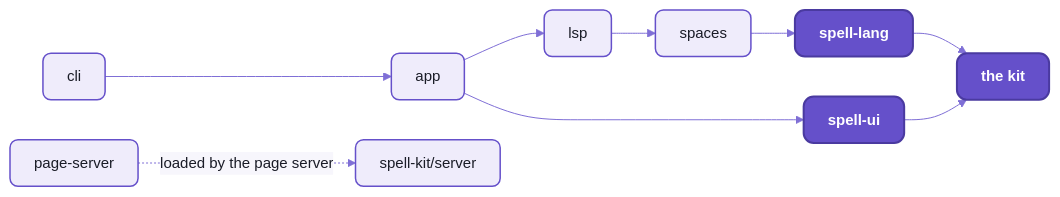
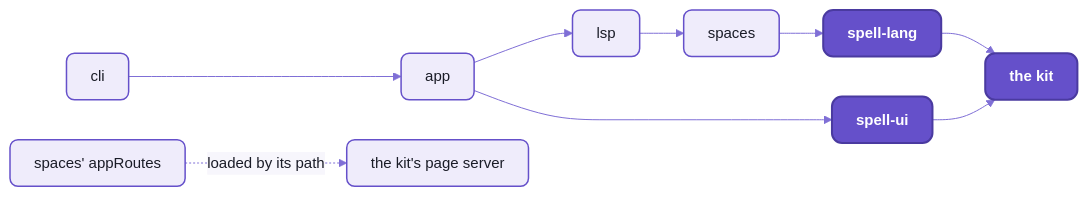
The third of 4 diagrams in app/README.md (spell-app/spell), drawn with Mermaid before and after one commit. The commit also changed other lines of this file and 3 other files, not shown here.

Commit message:
readme T7:  the page server is the kit's (repo-split P16);  README-page-server is a short pointer to spell-app's own part

````diff
--- a/app/README.md
+++ b/app/README.md
@@ -303,11 +303,11 @@
 ```mermaid
 %%{init: {"theme":"base","themeVariables":{"fontFamily":"-apple-system, BlinkMacSystemFont, Segoe UI, Helvetica, Arial, sans-serif","fontSize":"15px","primaryColor":"#EFECFB","primaryBorderColor":"#6550CA","primaryTextColor":"#1A1C27","secondaryColor":"#F4F1E9","tertiaryColor":"#F7F6FC","lineColor":"#7F6FD6","textColor":"#7F6FD6","clusterBkg":"#F7F6FC","clusterBorder":"#B9B0E8","titleColor":"#1A1C27","edgeLabelBackground":"#F7F6FC","actorBkg":"#EFECFB","actorBorder":"#6550CA","actorTextColor":"#1A1C27","actorLineColor":"#9C90DE","signalColor":"#7F6FD6","signalTextColor":"#7F6FD6","labelBoxBkgColor":"#EFECFB","labelBoxBorderColor":"#6550CA","labelTextColor":"#1A1C27","loopTextColor":"#7F6FD6","noteBkgColor":"#F1E7D4","noteBorderColor":"#C9B48A","noteTextColor":"#1A1C27","activationBkgColor":"#DCD6F7","activationBorderColor":"#6550CA","sequenceNumberColor":"#FFFFFF"},"flowchart":{"curve":"basis","padding":12,"nodeSpacing":40,"rankSpacing":44}}}%%
 flowchart LR
   cli --> app --> lsp --> spaces --> lang["spell-lang"] --> kit["the kit"]
   app --> ui["spell-ui"] --> kit
-  pageServer["page-server"] -. "loaded by the page server" .-> kitServer["spell-kit/server"]
+  routes["spaces' appRoutes"] -. "loaded by its path" .-> kitServer["the kit's page server"]
   %% the Spell look:  yarn mermaid:pretty
   classDef default fill:#EFECFB,stroke:#6550CA,stroke-width:1.5px,color:#1A1C27,rx:8px,ry:8px
   classDef repo fill:#6550CA,stroke:#4A3AA0,stroke-width:2px,color:#FFFFFF,rx:10px,ry:10px,font-weight:600
   class lang,kit,ui repo
 ```
````
